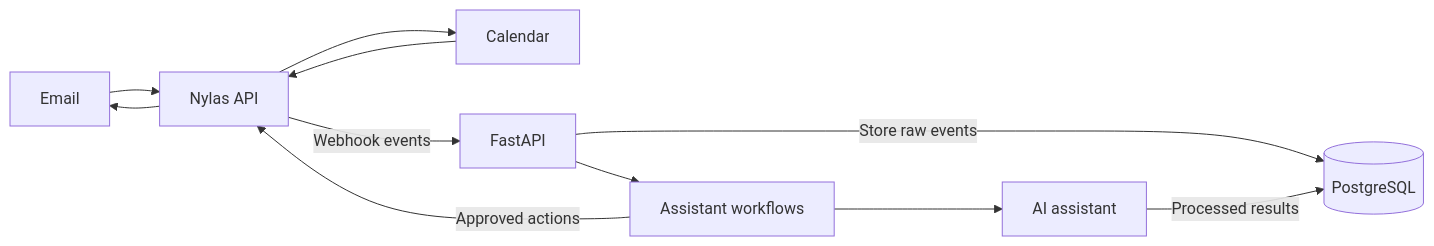
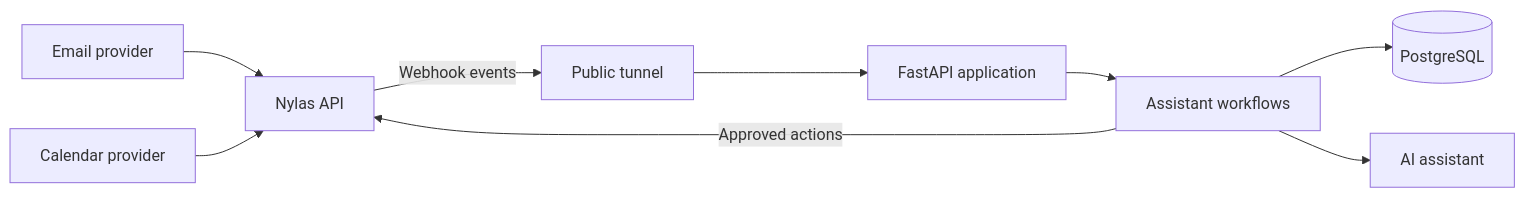
The diagram in README.md (KatharinaMoel/ai-email-calendar-assistant), drawn with Mermaid before and after one commit. The commit also changed other lines of this file, not shown here.

Commit message:
Turn week one into the Nylas setup guide

````diff
--- a/README.md
+++ b/README.md
@@ -33,13 +16,11 @@
 ```mermaid
 flowchart LR
-    Email[Email] --> Nylas[Nylas API]
-    Calendar[Calendar] --> Nylas
-    Nylas -->|Webhook events| API[FastAPI]
-    API -->|Store raw events| DB[(PostgreSQL)]
+    Email[Email provider] --> Nylas[Nylas API]
+    Calendar[Calendar provider] --> Nylas
+    Nylas -->|Webhook events| Tunnel[Public tunnel]
+    Tunnel --> API[FastAPI application]
     API --> Services[Assistant workflows]
+    Services --> DB[(PostgreSQL)]
     Services --> Agent[AI assistant]
-    Agent -->|Processed results| DB
     Services -->|Approved actions| Nylas
-    Nylas --> Email
-    Nylas --> Calendar
 ```
````
